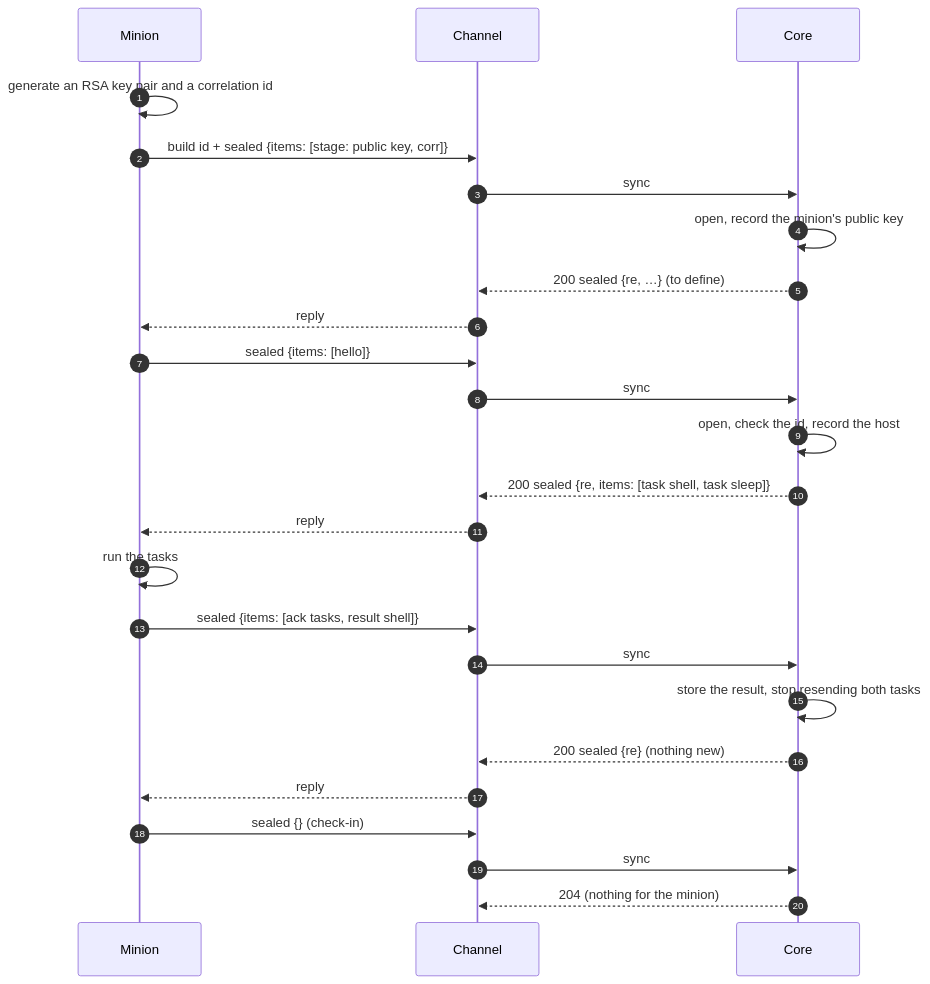
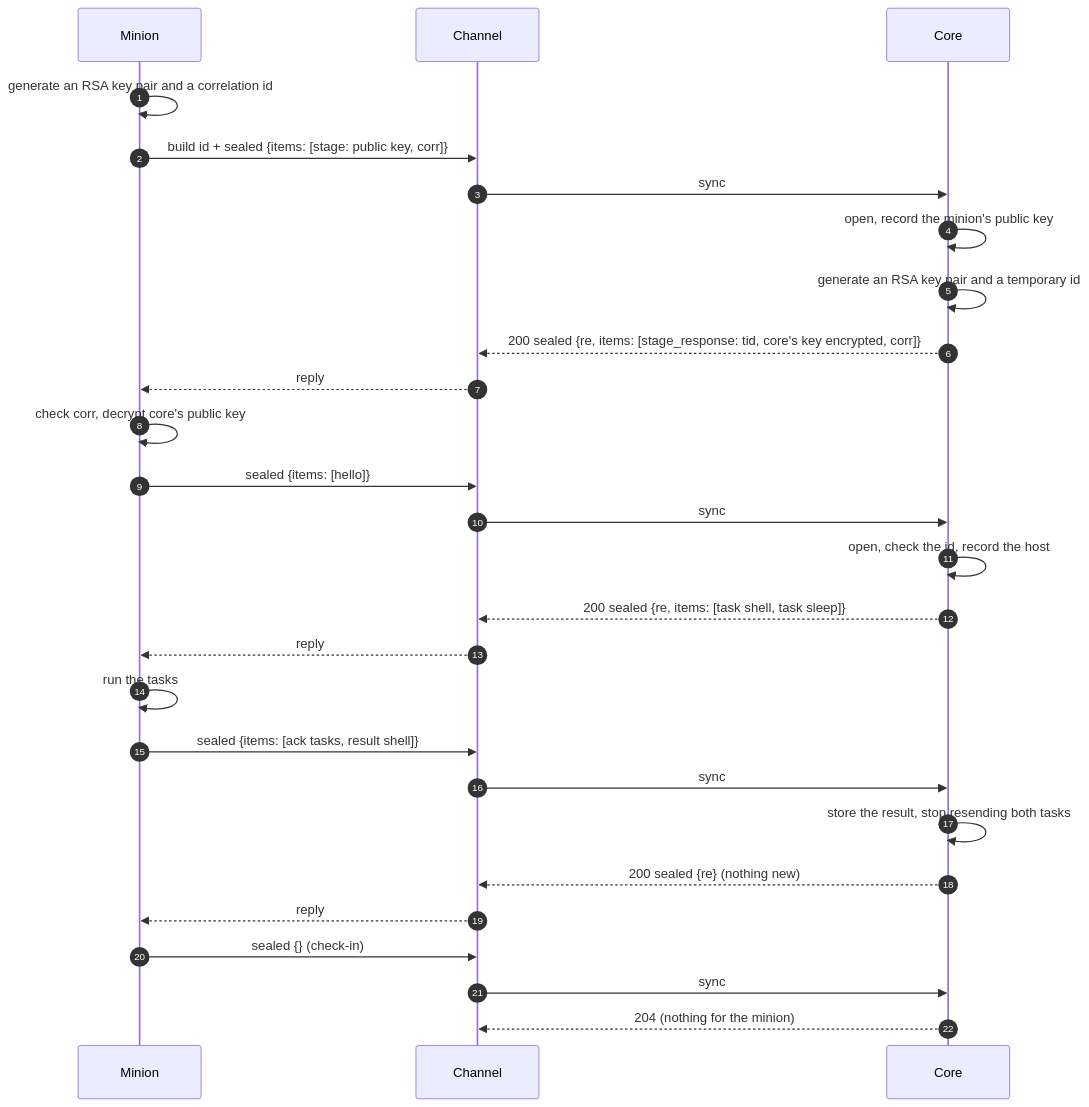
Before and after one commit to LogosCore/logos-docs: the diagram in src/content/docs/contracts/minion-messages.md, drawn with Mermaid. The commit also changed other lines of this file, not shown here.

First line of the commit message:
Minion Messages (Draft): stage_response with a temporary id, core's encrypted public key and the correlation id

````diff
--- a/src/content/docs/contracts/minion-messages.md
+++ b/src/content/docs/contracts/minion-messages.md
@@ -237,28 +256,30 @@
 ```mermaid
 sequenceDiagram
     autonumber
     participant M as Minion
     participant CH as Channel
     participant C as Core
 
     M->>M: generate an RSA key pair and a correlation id
     M->>CH: build id + sealed {items: [stage: public key, corr]}
     CH->>C: sync
     C->>C: open, record the minion's public key
-    C-->>CH: 200 sealed {re, …} (to define)
+    C->>C: generate an RSA key pair and a temporary id
+    C-->>CH: 200 sealed {re, items: [stage_response: tid, core's key encrypted, corr]}
     CH-->>M: reply
+    M->>M: check corr, decrypt core's public key
     M->>CH: sealed {items: [hello]}
     CH->>C: sync
     C->>C: open, check the id, record the host
     C-->>CH: 200 sealed {re, items: [task shell, task sleep]}
     CH-->>M: reply
     M->>M: run the tasks
     M->>CH: sealed {items: [ack tasks, result shell]}
     CH->>C: sync
     C->>C: store the result, stop resending both tasks
     C-->>CH: 200 sealed {re} (nothing new)
     CH-->>M: reply
     M->>CH: sealed {} (check-in)
     CH->>C: sync
     C-->>CH: 204 (nothing for the minion)
 ```
````
